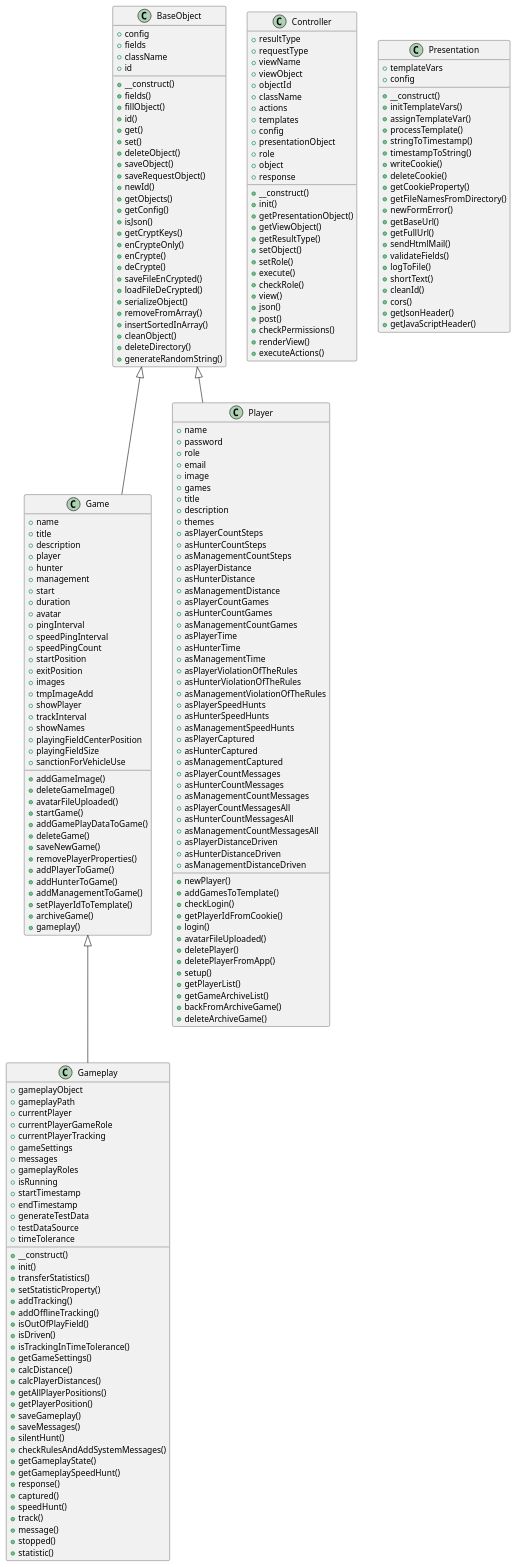
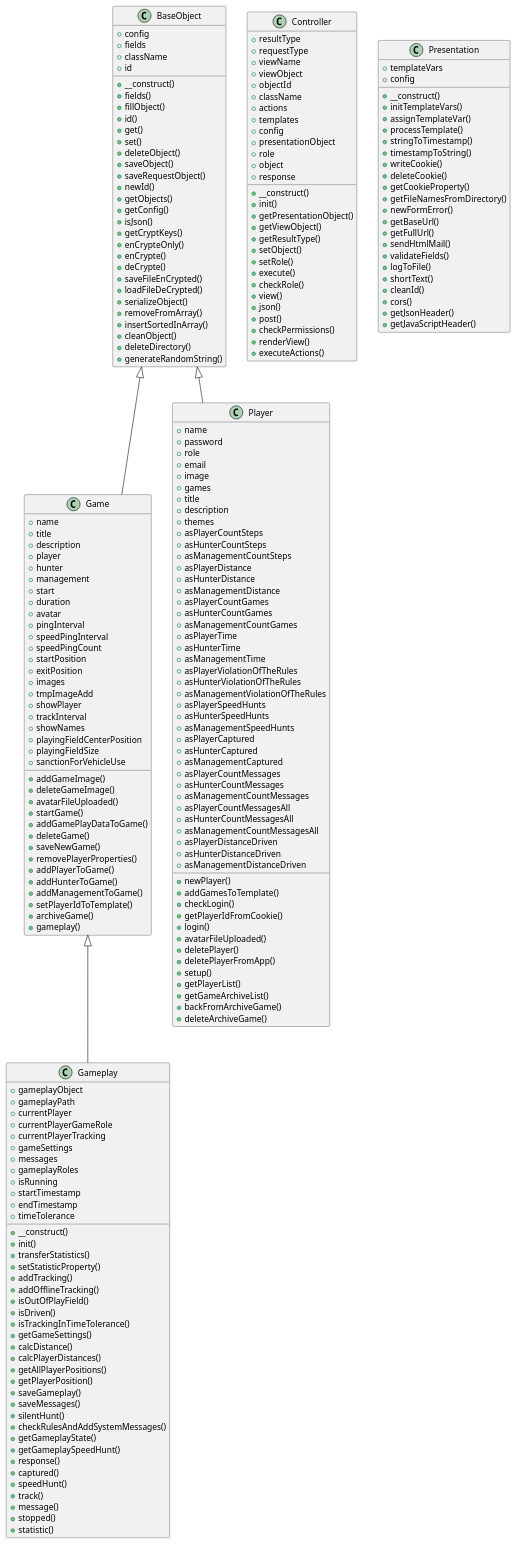
The diagram in includes/docs/php/graphs/classes.puml (septem-sensu/friendshunt), drawn with PlantUML before and after one commit. The commit also changed 31 other files, not shown here.

```diff
--- a/includes/docs/php/graphs/classes.puml
+++ b/includes/docs/php/graphs/classes.puml
@@ -114,8 +114,6 @@
   +isRunning
   +startTimestamp
   +endTimestamp
-  +generateTestData
-  +testDataSource
   +timeTolerance
   +__construct()
   +init()
```
